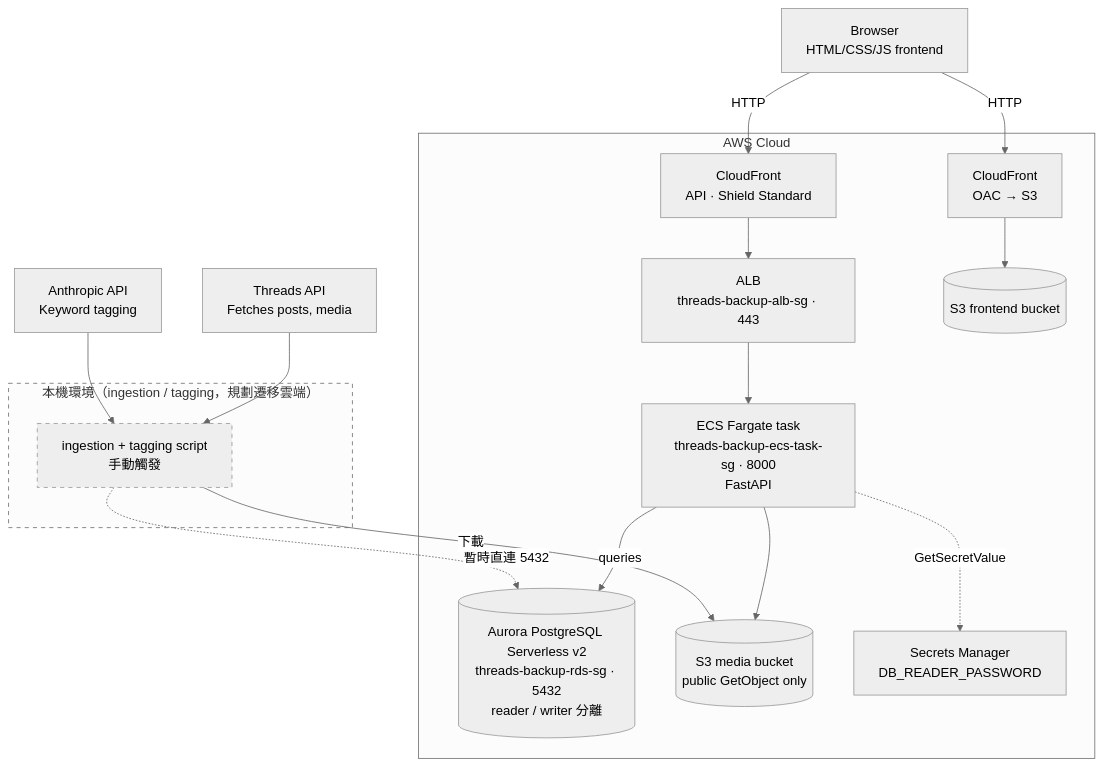
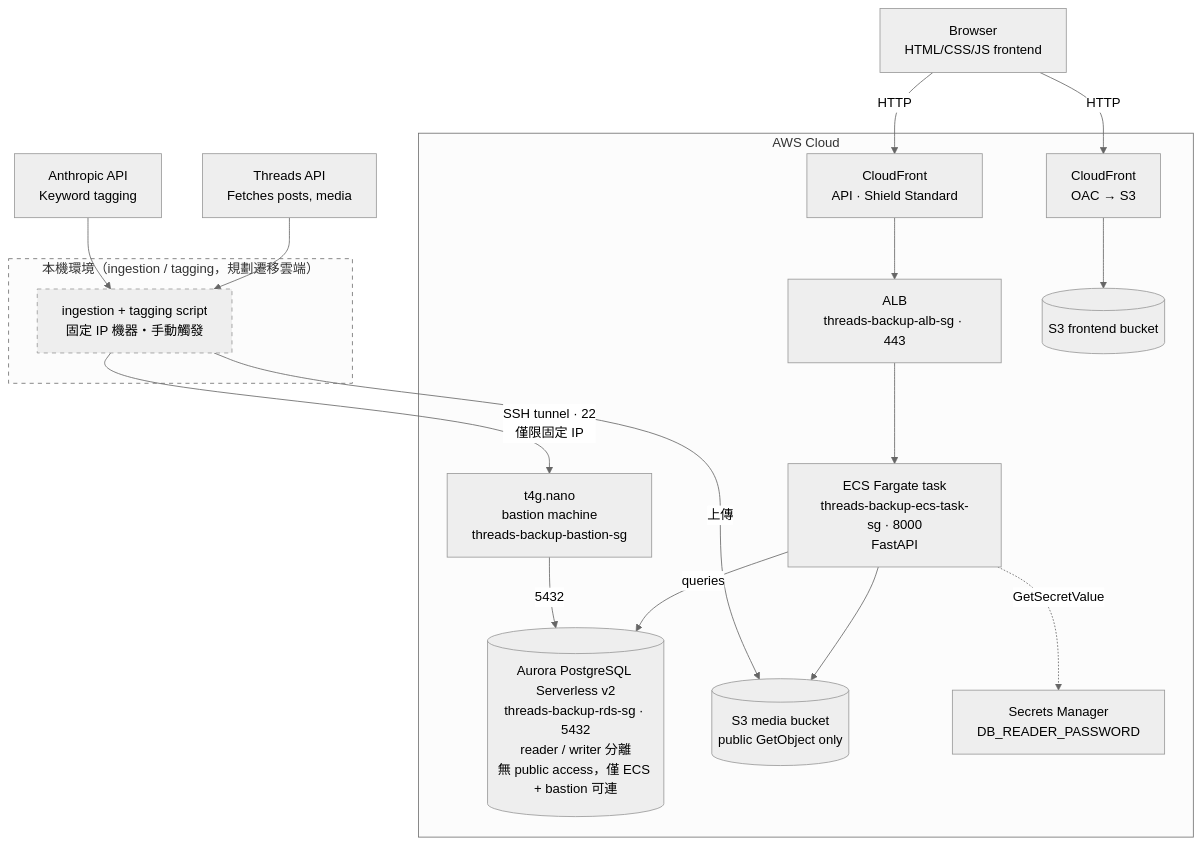
The first of 3 diagrams in README.md (Brownian-Motion-99/threads-backup), drawn with Mermaid (neutral theme) before and after one commit. The commit also changed other lines of this file and 5 other files, not shown here.

Commit message:
update: ec2 bastion machine

````diff
--- a/README.md
+++ b/README.md
@@ -27,39 +27,41 @@
 ```mermaid
 flowchart TD
     Browser["Browser<br/>HTML/CSS/JS frontend"]
 
     subgraph aws["AWS Cloud"]
         CFFrontend["CloudFront<br/>OAC → S3"]
         CFAPI["CloudFront<br/>API · Shield Standard"]
         ALB["ALB<br/>threads-backup-alb-sg · 443"]
         ECS["ECS Fargate task<br/>threads-backup-ecs-task-sg · 8000<br/>FastAPI"]
-        RDS[("Aurora PostgreSQL Serverless v2<br/>threads-backup-rds-sg · 5432<br/>reader / writer 分離")]
+        EC2["t4g.nano<br/>bastion machine<br/>threads-backup-bastion-sg"]
+        RDS[("Aurora PostgreSQL Serverless v2<br/>threads-backup-rds-sg · 5432<br/>reader / writer 分離<br/>無 public access，僅 ECS + bastion 可連")]
         S3Media[("S3 media bucket<br/>public GetObject only")]
         S3Frontend[("S3 frontend bucket")]
         Secrets["Secrets Manager<br/>DB_READER_PASSWORD"]
     end
 
     subgraph local["本機環境（ingestion / tagging，規劃遷移雲端）"]
-        Jobs["ingestion + tagging script<br/>手動觸發"]
+        Jobs["ingestion + tagging script<br/>固定 IP 機器・手動觸發"]
     end
 
     ThreadsAPI["Threads API<br/>Fetches posts, media"]
     AnthropicAPI["Anthropic API<br/>Keyword tagging"]
 
     Browser -->|HTTP| CFFrontend
     CFFrontend --> S3Frontend
     Browser -->|HTTP| CFAPI
     CFAPI --> ALB
     ALB --> ECS
     ECS -->|queries| RDS
     ECS --> S3Media
     ECS -.->|GetSecretValue| Secrets
+    EC2 -->|5432| RDS
 
-    Jobs -.->|暫時直連 5432| RDS
-    Jobs -->|下載| S3Media
+    Jobs -->|SSH tunnel · 22<br/>僅限固定 IP| EC2
+    Jobs -->|上傳| S3Media
     ThreadsAPI --> Jobs
     AnthropicAPI --> Jobs
 
     classDef planned stroke-dasharray: 5 5
     class local,Jobs planned
 ```
````
